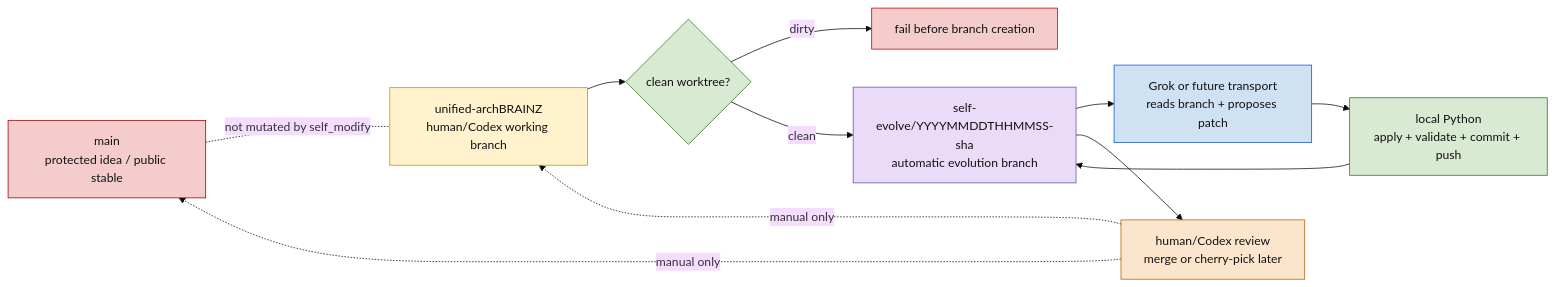
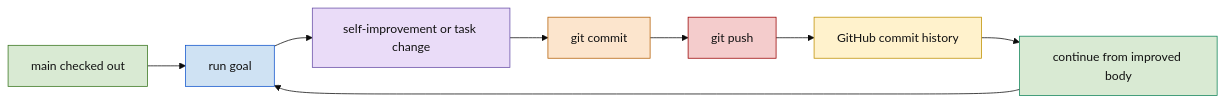
Before and after one commit to wgabrys88/endgame-ai: the fourth of 5 diagrams in README.md, drawn with Mermaid (base theme). The commit also changed other lines of this file, not shown here.

Commit message:
Rewrite README for unified organism vision

````diff
--- a/README.md
+++ b/README.md
@@ -120,31 +273,20 @@
 ```mermaid
 flowchart LR
-    MAIN["main\nprotected idea / public stable"]:::protected
-    DEV["unified-archBRAINZ\nhuman/Codex working branch"]:::dev
-    CLEAN{"clean worktree?"}:::gate
-    SE["self-evolve/YYYYMMDDTHHMMSS-sha\nautomatic evolution branch"]:::evolve
-    GROK["Grok or future transport\nreads branch + proposes patch"]:::grok
-    LOCAL["local Python\napply + validate + commit + push"]:::local
-    REVIEW["human/Codex review\nmerge or cherry-pick later"]:::review
-    FAIL["fail before branch creation"]:::fail
+    MAIN["main checked out"]:::main
+    RUN["run goal"]:::run
+    CHANGE["self-improvement or task change"]:::change
+    COMMIT["git commit"]:::commit
+    PUSH["git push"]:::push
+    HISTORY["GitHub commit history"]:::history
+    NEXT["continue from improved body"]:::next
 
-    MAIN -. "not mutated by self_modify" .- DEV
-    DEV --> CLEAN
-    CLEAN -- "dirty" --> FAIL
-    CLEAN -- "clean" --> SE
-    SE --> GROK
-    GROK --> LOCAL
-    LOCAL --> SE
-    SE --> REVIEW
-    REVIEW -. "manual only" .-> DEV
-    REVIEW -. "manual only" .-> MAIN
+    MAIN --> RUN --> CHANGE --> COMMIT --> PUSH --> HISTORY --> NEXT --> RUN
 
-    classDef protected fill:#f4cccc,stroke:#990000,color:#111;
-    classDef dev fill:#fff2cc,stroke:#bf9000,color:#111;
-    classDef gate fill:#d9ead3,stroke:#38761d,color:#111;
-    classDef evolve fill:#eadcf8,stroke:#674ea7,color:#111;
-    classDef grok fill:#cfe2f3,stroke:#1155cc,color:#111;
-    classDef local fill:#d9ead3,stroke:#38761d,color:#111;
-    classDef review fill:#fce5cd,stroke:#b45f06,color:#111;
-    classDef fail fill:#f4cccc,stroke:#cc0000,color:#111;
+    classDef main fill:#d9ead3,stroke:#38761d,color:#111;
+    classDef run fill:#cfe2f3,stroke:#1155cc,color:#111;
+    classDef change fill:#eadcf8,stroke:#674ea7,color:#111;
+    classDef commit fill:#fce5cd,stroke:#b45f06,color:#111;
+    classDef push fill:#f4cccc,stroke:#990000,color:#111;
+    classDef history fill:#fff2cc,stroke:#bf9000,color:#111;
+    classDef next fill:#d9ead3,stroke:#11855a,color:#111;
 ```
````
